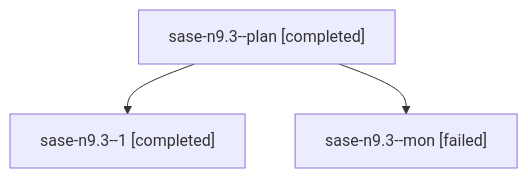
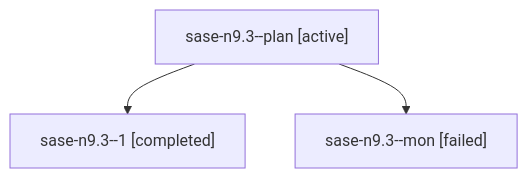
The diagram in families/bbugyi200.athena.sase-n9.3.md (sase-org/sase--agents), drawn with Mermaid before and after one commit. The commit also changed other lines of this file and 35830 other files, not shown here.

````diff
--- a/families/bbugyi200.athena.sase-n9.3.md
+++ b/families/bbugyi200.athena.sase-n9.3.md
@@ -9,8 +9,8 @@
 ```mermaid
 flowchart TD
-  n0["sase-n9.3--plan [completed]"]
+  n0["sase-n9.3--plan [active]"]
   n1["sase-n9.3--1 [completed]"]
   n0 --> n1
   n2["sase-n9.3--mon [failed]"]
   n0 --> n2
 ```
````
